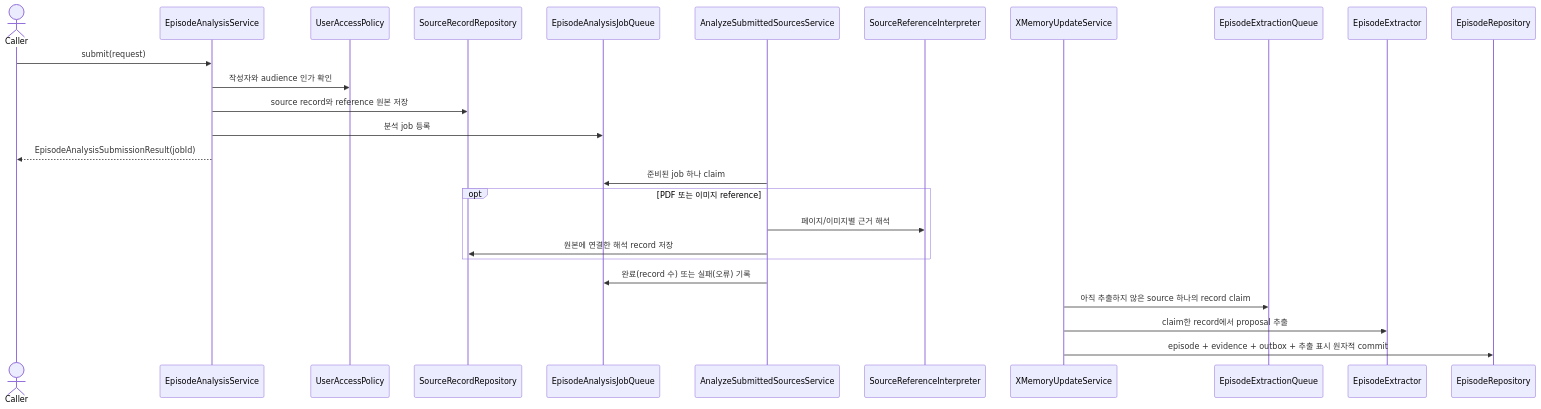
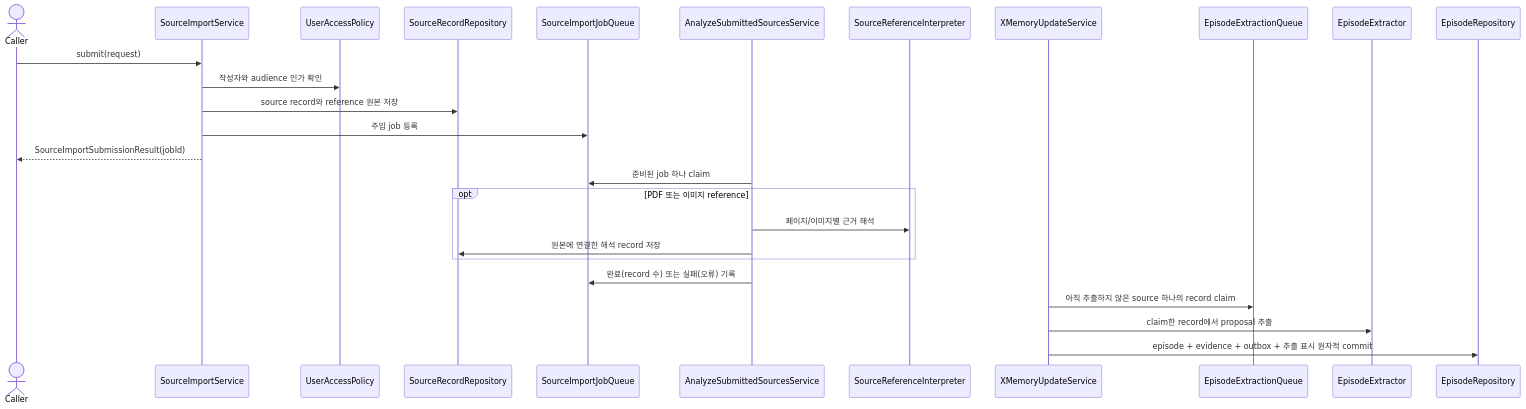
The first of 2 diagrams in application/src/main/kotlin/com/homeassistant/application/usecase/README.md (magenta1223/home_assistant), drawn with Mermaid before and after one commit. The commit also changed other lines of this file and 57 other files, not shown here.

Commit message:
refactor: Make source records canonical and name the import for what it is

````diff
--- a/application/src/main/kotlin/com/homeassistant/application/usecase/README.md
+++ b/application/src/main/kotlin/com/homeassistant/application/usecase/README.md
@@ -22,29 +22,29 @@
 ```mermaid
 sequenceDiagram
     actor Caller
-    participant Analysis as EpisodeAnalysisService
+    participant Import as SourceImportService
     participant Access as UserAccessPolicy
     participant Sources as SourceRecordRepository
-    participant Jobs as EpisodeAnalysisJobQueue
+    participant Jobs as SourceImportJobQueue
     participant Round as AnalyzeSubmittedSourcesService
     participant Reference as SourceReferenceInterpreter
     participant Update as XMemoryUpdateService
     participant Queue as EpisodeExtractionQueue
     participant Extractor as EpisodeExtractor
     participant DB as EpisodeRepository
 
-    Caller->>Analysis: submit(request)
-    Analysis->>Access: 작성자와 audience 인가 확인
-    Analysis->>Sources: source record와 reference 원본 저장
-    Analysis->>Jobs: 분석 job 등록
-    Analysis-->>Caller: EpisodeAnalysisSubmissionResult(jobId)
+    Caller->>Import: submit(request)
+    Import->>Access: 작성자와 audience 인가 확인
+    Import->>Sources: source record와 reference 원본 저장
+    Import->>Jobs: 주입 job 등록
+    Import-->>Caller: SourceImportSubmissionResult(jobId)
     Round->>Jobs: 준비된 job 하나 claim
     opt PDF 또는 이미지 reference
         Round->>Reference: 페이지/이미지별 근거 해석
         Round->>Sources: 원본에 연결한 해석 record 저장
     end
     Round->>Jobs: 완료(record 수) 또는 실패(오류) 기록
     Update->>Queue: 아직 추출하지 않은 source 하나의 record claim
     Update->>Extractor: claim한 record에서 proposal 추출
     Update->>DB: episode + evidence + outbox + 추출 표시 원자적 commit
 ```
````
